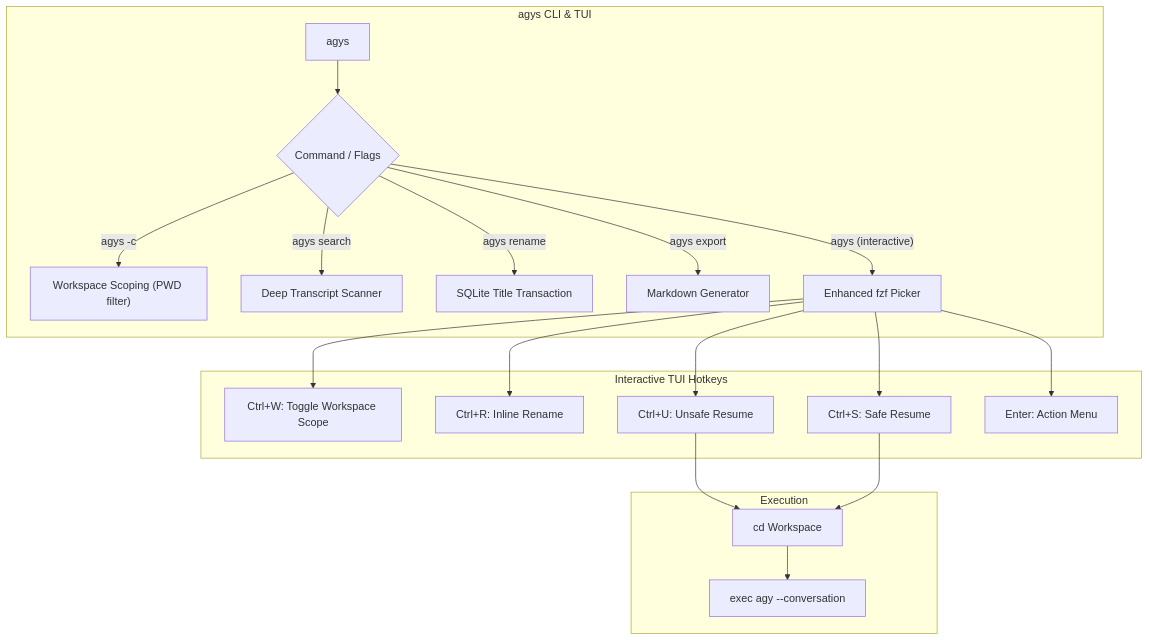
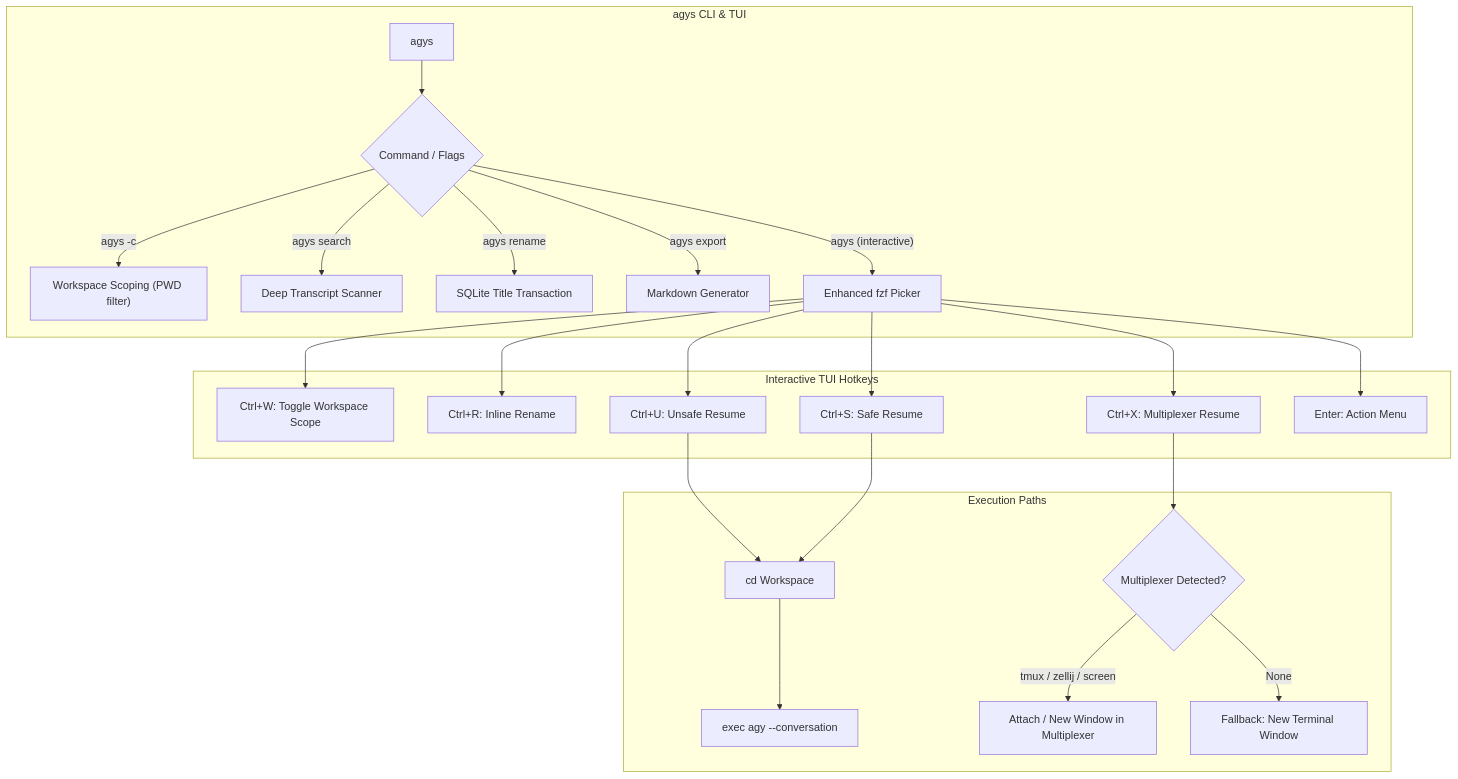
The diagram in README.md (kdrai512/agy-sessions), drawn with Mermaid before and after one commit. The commit also changed other lines of this file and 6 other files, not shown here.

Commit message:
feat: add terminal multiplexer integration (tmux, zellij, screen) with new terminal fallback

````diff
--- a/README.md
+++ b/README.md
@@ -220,23 +262,27 @@
 ```mermaid
 flowchart TD
     subgraph CLI ["agys CLI & TUI"]
         A["agys"] --> B{"Command / Flags"}
         B -- "agys -c" --> C["Workspace Scoping (PWD filter)"]
         B -- "agys search" --> D["Deep Transcript Scanner"]
         B -- "agys rename" --> E["SQLite Title Transaction"]
         B -- "agys export" --> F["Markdown Generator"]
         B -- "agys (interactive)" --> G["Enhanced fzf Picker"]
     end
 
     subgraph Hotkeys ["Interactive TUI Hotkeys"]
         G --> H["Ctrl+W: Toggle Workspace Scope"]
         G --> I["Ctrl+R: Inline Rename"]
         G --> J["Ctrl+U: Unsafe Resume"]
         G --> K["Ctrl+S: Safe Resume"]
+        G --> X["Ctrl+X: Multiplexer Resume"]
         G --> L["Enter: Action Menu"]
     end
 
-    subgraph Launch ["Execution"]
+    subgraph Launch ["Execution Paths"]
         J & K --> M["cd Workspace"] --> N["exec agy --conversation <id>"]
+        X --> O{"Multiplexer Detected?"}
+        O -- "tmux / zellij / screen" --> P["Attach / New Window in Multiplexer"]
+        O -- "None" --> Q["Fallback: New Terminal Window"]
     end
 ```
````
